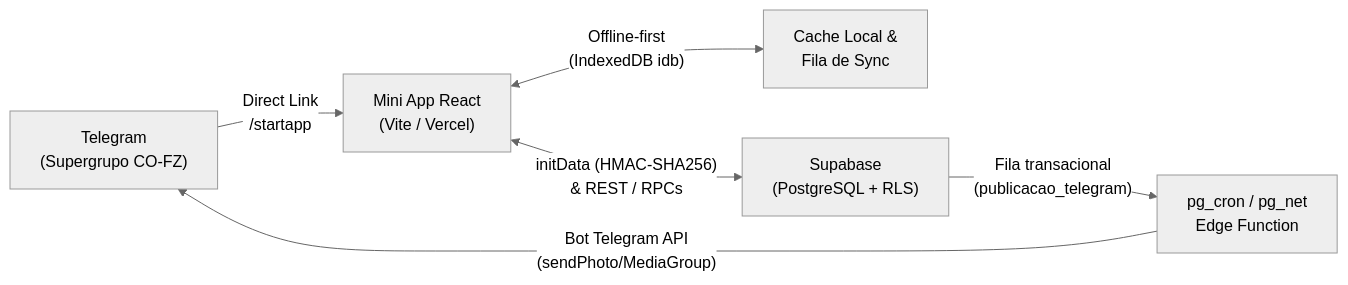
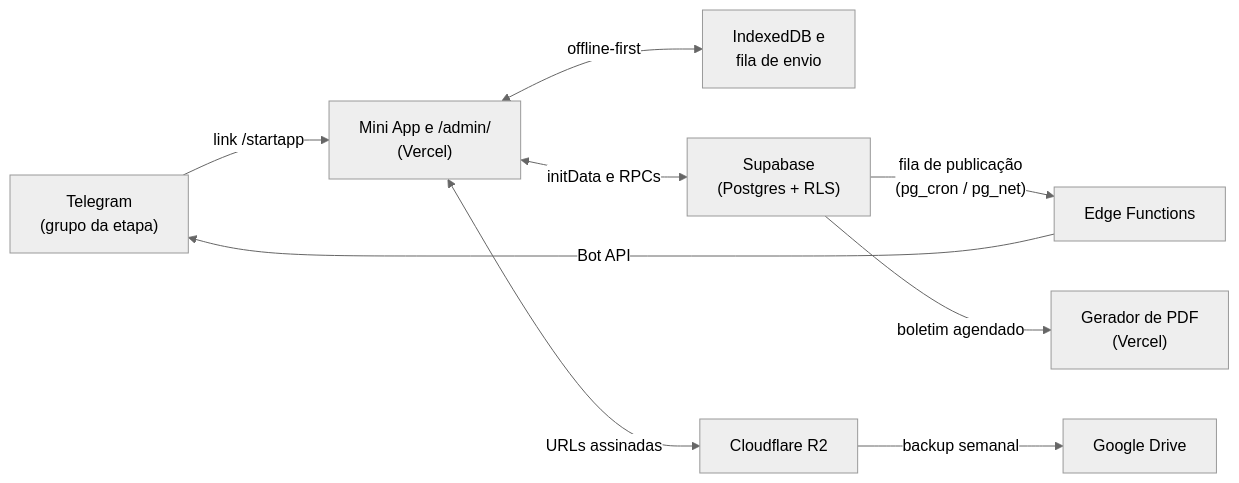
One commit to PFAN1234/MINIAPPCOFZ changed the first of 2 diagrams in docs/ROADMAP.md. Above: the diagram before and after it, drawn with Mermaid (neutral theme). The commit also changed other lines of this file and 3 other files, not shown here.

First line of the commit message:
Atualiza o checklist e o roadmap e estima os custos de hospedagem

````diff
--- a/docs/ROADMAP.md
+++ b/docs/ROADMAP.md
@@ -32,8 +34,11 @@
 ```mermaid
 flowchart LR
-    A["Telegram\n(Supergrupo CO-FZ)"] -->|"Direct Link\n/startapp"| B["Mini App React\n(Vite / Vercel)"]
-    B <-->|"Offline-first\n(IndexedDB idb)"| C["Cache Local &\nFila de Sync"]
-    B <-->|"initData (HMAC-SHA256)\n& REST / RPCs"| D["Supabase\n(PostgreSQL + RLS)"]
-    D -->|"Fila transacional\n(publicacao_telegram)"| E["pg_cron / pg_net\nEdge Function"]
-    E -->|"Bot Telegram API\n(sendPhoto/MediaGroup)"| A
+    A["Telegram\n(grupo da etapa)"] -->|"link /startapp"| B["Mini App e /admin/\n(Vercel)"]
+    B <-->|"offline-first"| C["IndexedDB e\nfila de envio"]
+    B <-->|"initData e RPCs"| D["Supabase\n(Postgres + RLS)"]
+    B <-->|"URLs assinadas"| R["Cloudflare R2"]
+    D -->|"fila de publicação\n(pg_cron / pg_net)"| E["Edge Functions"]
+    D -->|"boletim agendado"| V["Gerador de PDF\n(Vercel)"]
+    E -->|"Bot API"| A
+    R -->|"backup semanal"| G["Google Drive"]
 ```
````
